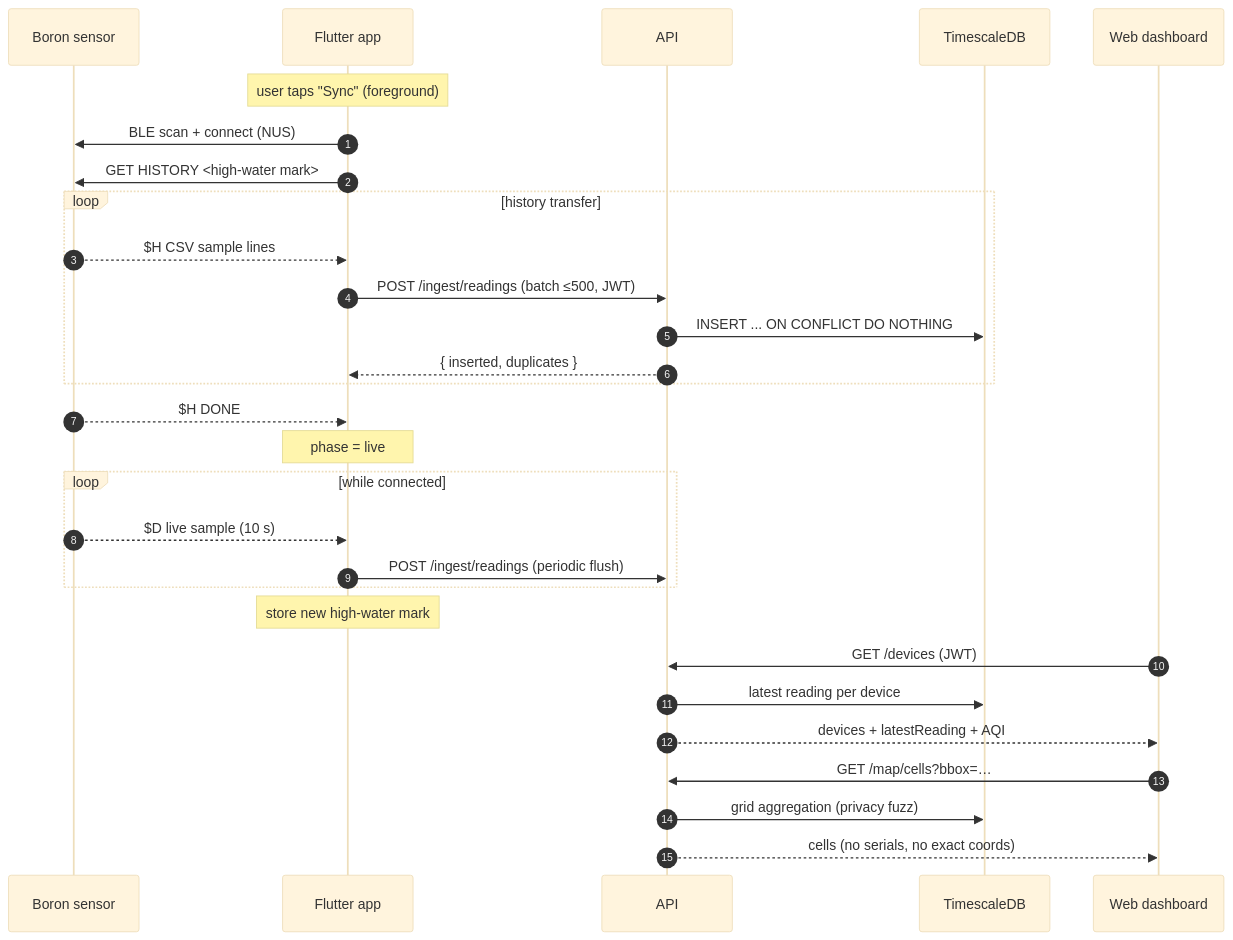
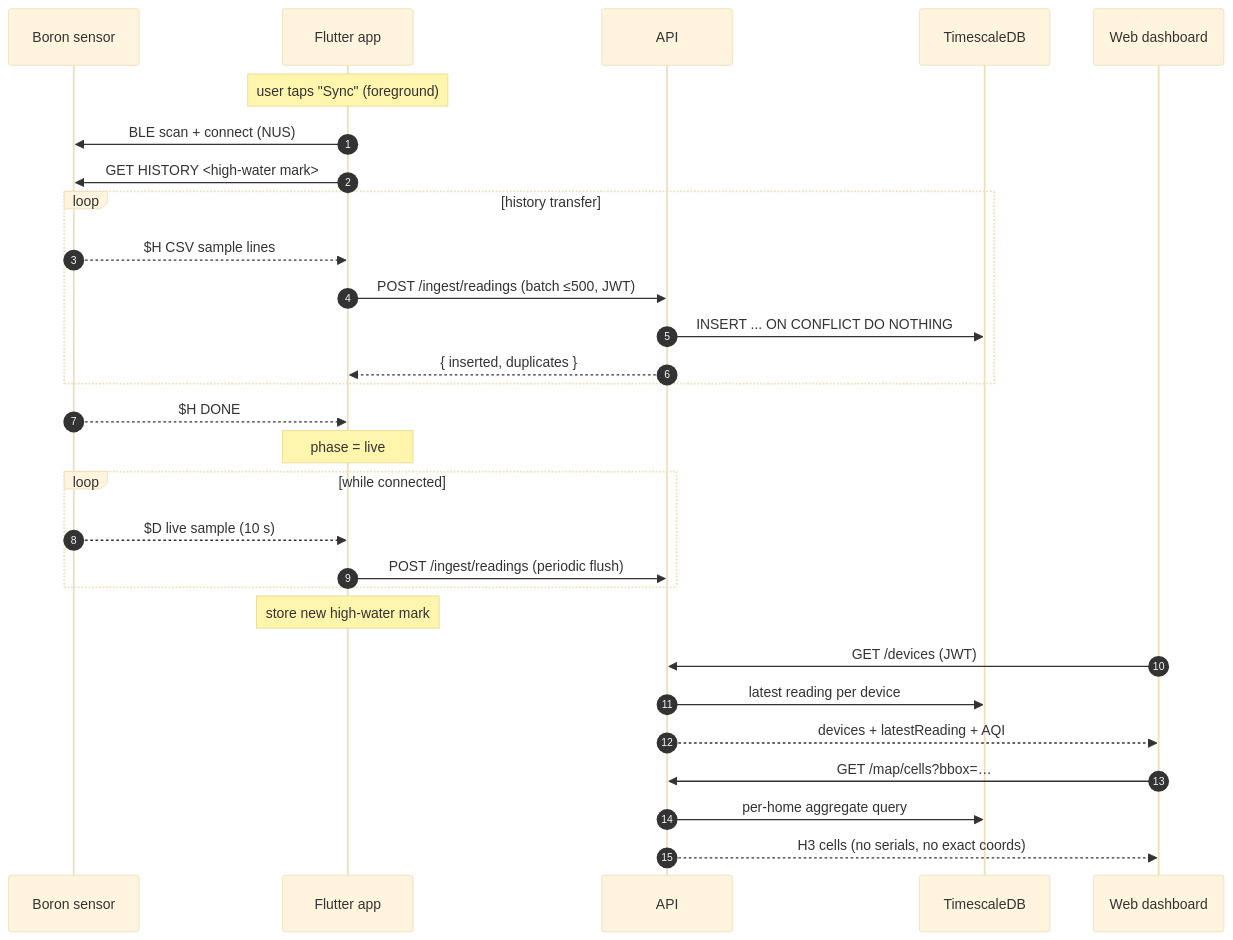
One commit to Hek846/aerospec changed the second of 7 diagrams in docs/ARCHITECTURE.md. Above: the diagram before and after it, drawn with Mermaid (base theme). The commit also changed other lines of this file and 9 other files, not shown here.

First line of the commit message:
API: analytics schema (annotations + hourly stats) and H3 hex /map/cells

````diff
--- a/docs/ARCHITECTURE.md
+++ b/docs/ARCHITECTURE.md
@@ -59,33 +59,33 @@
 ```mermaid
 sequenceDiagram
     autonumber
     participant S as Boron sensor
     participant M as Flutter app
     participant A as API
     participant D as TimescaleDB
     participant W as Web dashboard
 
     Note over M: user taps "Sync" (foreground)
     M->>S: BLE scan + connect (NUS)
     M->>S: GET HISTORY <high-water mark>
     loop history transfer
         S-->>M: $H CSV sample lines
         M->>A: POST /ingest/readings (batch ≤500, JWT)
         A->>D: INSERT ... ON CONFLICT DO NOTHING
         A-->>M: { inserted, duplicates }
     end
     S-->>M: $H DONE
     Note over M: phase = live
     loop while connected
         S-->>M: $D live sample (10 s)
         M->>A: POST /ingest/readings (periodic flush)
     end
     Note over M: store new high-water mark
 
     W->>A: GET /devices (JWT)
     A->>D: latest reading per device
     A-->>W: devices + latestReading + AQI
     W->>A: GET /map/cells?bbox=…
-    A->>D: grid aggregation (privacy fuzz)
-    A-->>W: cells (no serials, no exact coords)
+    A->>D: per-home aggregate query
+    A-->>W: H3 cells (no serials, no exact coords)
 ```
````
